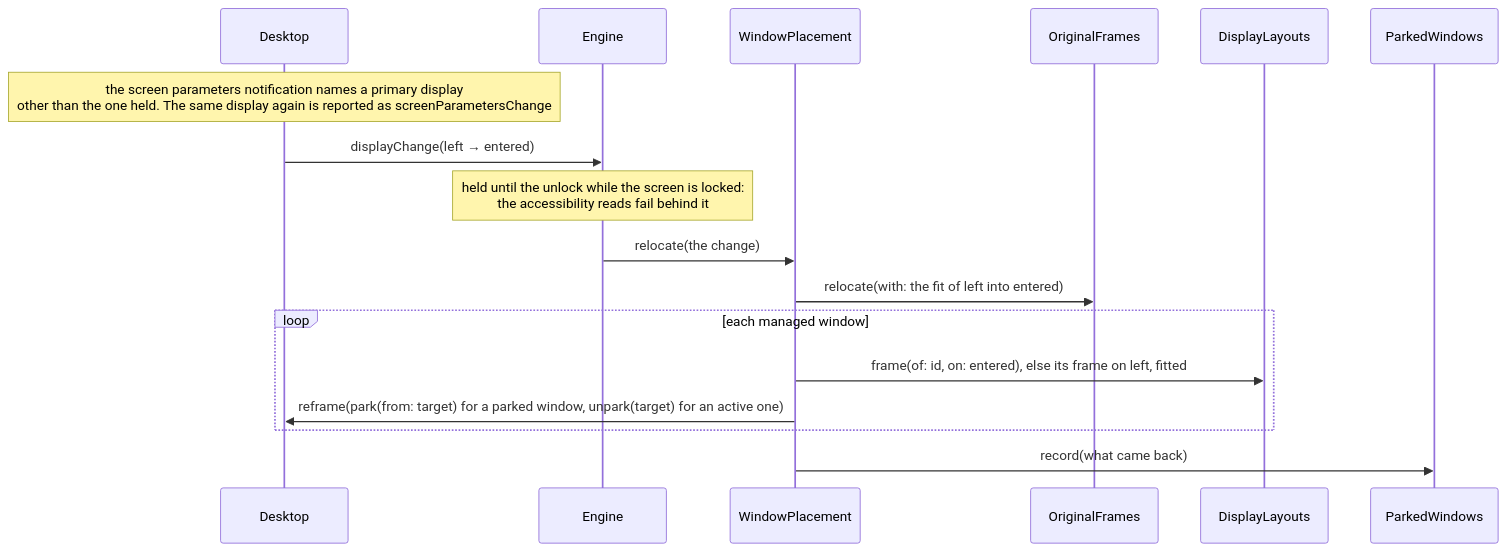
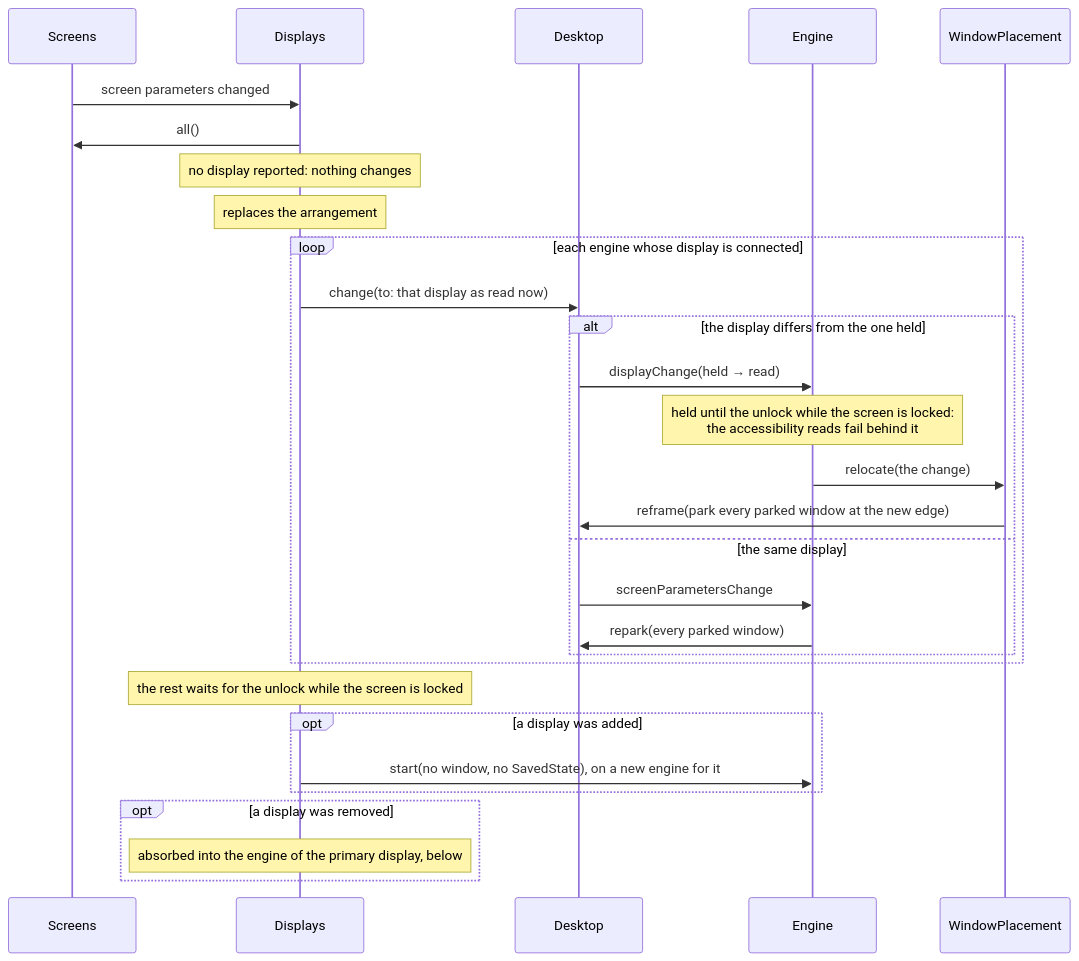
Diagram 17 of 26 in ARCHITECTURE.md (brennovich/ottowm), drawn with Mermaid before and after one commit. The commit also changed other lines of this file and 1 other file, not shown here.

First line of the commit message:
Document one engine and one Pager per display

````diff
--- a/ARCHITECTURE.md
+++ b/ARCHITECTURE.md
@@ -369,13 +428,26 @@
 ```mermaid
 sequenceDiagram
-    Note over Desktop: the screen parameters notification names a primary display<br/>other than the one held. The same display again is reported as screenParametersChange
-    Desktop->>Engine: displayChange(left → entered)
-    Note over Engine: held until the unlock while the screen is locked:<br/>the accessibility reads fail behind it
-    Engine->>WindowPlacement: relocate(the change)
-    WindowPlacement->>OriginalFrames: relocate(with: the fit of left into entered)
-    loop each managed window
-        WindowPlacement->>DisplayLayouts: frame(of: id, on: entered), else its frame on left, fitted
-        WindowPlacement->>Desktop: reframe(park(from: target) for a parked window, unpark(target) for an active one)
+    Screens->>Displays: screen parameters changed
+    Displays->>Screens: all()
+    Note over Displays: no display reported: nothing changes
+    Note over Displays: replaces the arrangement
+    loop each engine whose display is connected
+        Displays->>Desktop: change(to: that display as read now)
+        alt the display differs from the one held
+            Desktop->>Engine: displayChange(held → read)
+            Note over Engine: held until the unlock while the screen is locked:<br/>the accessibility reads fail behind it
+            Engine->>WindowPlacement: relocate(the change)
+            WindowPlacement->>Desktop: reframe(park every parked window at the new edge)
+        else the same display
+            Desktop->>Engine: screenParametersChange
+            Engine->>Desktop: repark(every parked window)
+        end
     end
-    WindowPlacement->>ParkedWindows: record(what came back)
+    Note over Displays: the rest waits for the unlock while the screen is locked
+    opt a display was added
+        Displays->>Engine: start(no window, no SavedState), on a new engine for it
+    end
+    opt a display was removed
+        Note over Displays: absorbed into the engine of the primary display, below
+    end
 ```
````
